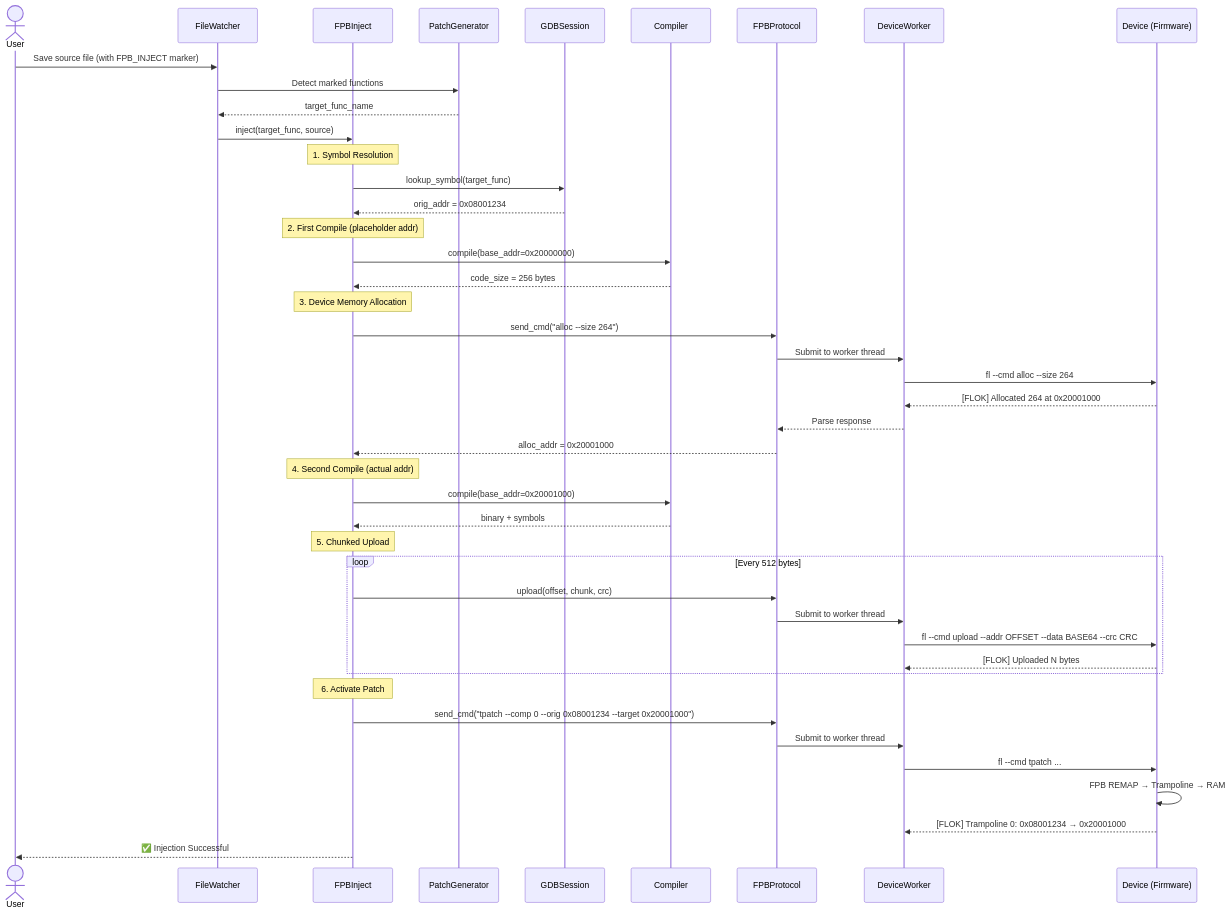
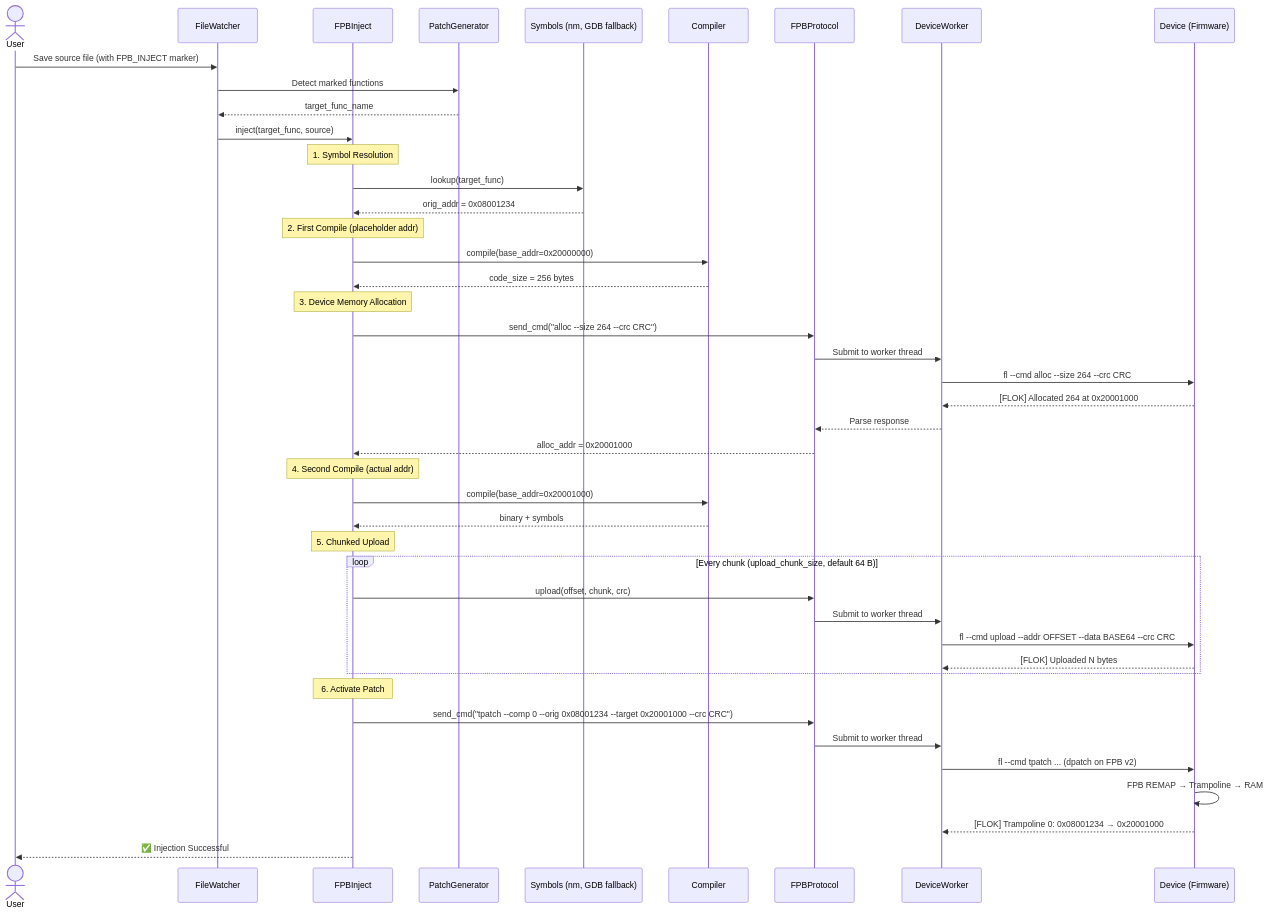
The fifth of 9 diagrams in Docs/Architecture.md (FASTSHIFT/FPBInject), drawn with Mermaid before and after one commit. The commit also changed other lines of this file and 5 other files, not shown here.

````diff
--- a/Docs/Architecture.md
+++ b/Docs/Architecture.md
@@ -135,54 +135,54 @@
 ```mermaid
 sequenceDiagram
     actor User
     participant FW as FileWatcher
     participant FPI as FPBInject
     participant PG as PatchGenerator
-    participant GDB as GDBSession
+    participant GDB as Symbols (nm, GDB fallback)
     participant CC as Compiler
     participant Proto as FPBProtocol
     participant DW as DeviceWorker
     participant Dev as Device (Firmware)
 
     User->>FW: Save source file (with FPB_INJECT marker)
     FW->>PG: Detect marked functions
     PG-->>FW: target_func_name
     FW->>FPI: inject(target_func, source)
 
     Note over FPI: 1. Symbol Resolution
-    FPI->>GDB: lookup_symbol(target_func)
+    FPI->>GDB: lookup(target_func)
     GDB-->>FPI: orig_addr = 0x08001234
 
     Note over FPI: 2. First Compile (placeholder addr)
     FPI->>CC: compile(base_addr=0x20000000)
     CC-->>FPI: code_size = 256 bytes
 
     Note over FPI: 3. Device Memory Allocation
-    FPI->>Proto: send_cmd("alloc --size 264")
+    FPI->>Proto: send_cmd("alloc --size 264 --crc CRC")
     Proto->>DW: Submit to worker thread
-    DW->>Dev: fl --cmd alloc --size 264
+    DW->>Dev: fl --cmd alloc --size 264 --crc CRC
     Dev-->>DW: [FLOK] Allocated 264 at 0x20001000
     DW-->>Proto: Parse response
     Proto-->>FPI: alloc_addr = 0x20001000
 
     Note over FPI: 4. Second Compile (actual addr)
     FPI->>CC: compile(base_addr=0x20001000)
     CC-->>FPI: binary + symbols
 
     Note over FPI: 5. Chunked Upload
-    loop Every 512 bytes
+    loop Every chunk (upload_chunk_size, default 64 B)
         FPI->>Proto: upload(offset, chunk, crc)
         Proto->>DW: Submit to worker thread
         DW->>Dev: fl --cmd upload --addr OFFSET --data BASE64 --crc CRC
         Dev-->>DW: [FLOK] Uploaded N bytes
     end
 
     Note over FPI: 6. Activate Patch
-    FPI->>Proto: send_cmd("tpatch --comp 0 --orig 0x08001234 --target 0x20001000")
+    FPI->>Proto: send_cmd("tpatch --comp 0 --orig 0x08001234 --target 0x20001000 --crc CRC")
     Proto->>DW: Submit to worker thread
-    DW->>Dev: fl --cmd tpatch ...
+    DW->>Dev: fl --cmd tpatch ...  (dpatch on FPB v2)
     Dev->>Dev: FPB REMAP → Trampoline → RAM
     Dev-->>DW: [FLOK] Trampoline 0: 0x08001234 → 0x20001000
 
     FPI-->>User: ✅ Injection Successful
 ```
````
